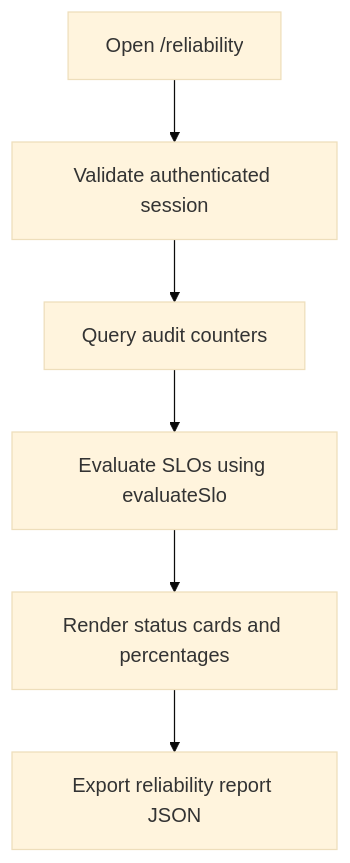
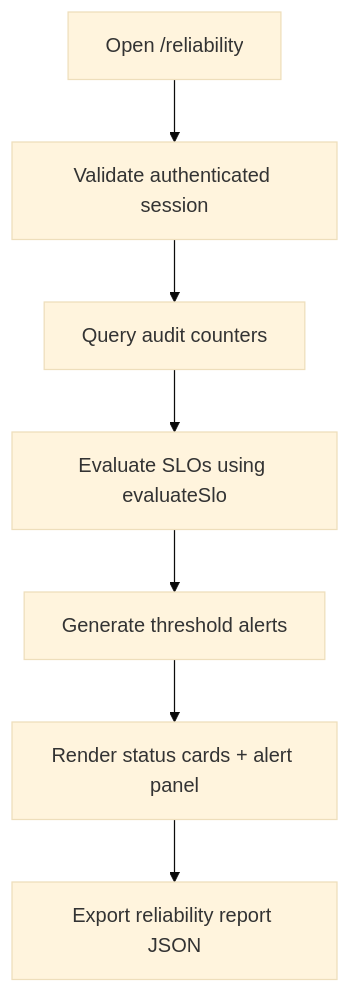
Before and after one commit to AmanVatsSharma/AiCloudStorage: the diagram in app/components/reliability/README.md, drawn with Mermaid (base theme). The commit also changed other lines of this file and 4 other files, not shown here.

Commit message:
Add threshold-based reliability alert baseline

````diff
--- a/app/components/reliability/README.md
+++ b/app/components/reliability/README.md
@@ -18,8 +19,9 @@
 ```mermaid
 flowchart TD
   A[Open /reliability] --> B[Validate authenticated session]
   B --> C[Query audit counters]
   C --> D[Evaluate SLOs using evaluateSlo]
-  D --> E[Render status cards and percentages]
-  E --> F[Export reliability report JSON]
+  D --> E[Generate threshold alerts]
+  E --> F[Render status cards + alert panel]
+  F --> G[Export reliability report JSON]
 ```
````
